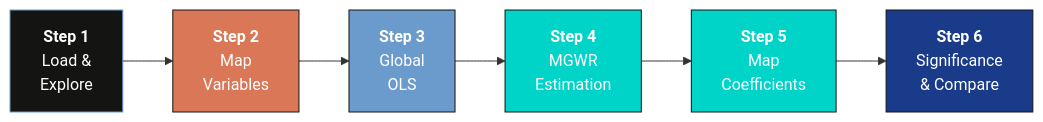
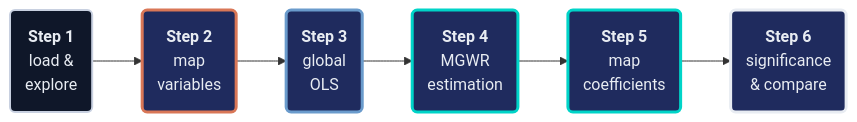
Before and after one commit to cmg777/starter-academic-v501: the diagram in content/post/python_mgwr/references/tutorial.qmd, drawn with Mermaid. The commit also changed other lines of this file and 42 other files, not shown here.

First line of the commit message:
content(mermaid): restyle Mermaid copies in tutorial sources and the LaLonde slide deck

````diff
--- a/content/post/python_mgwr/references/tutorial.qmd
+++ b/content/post/python_mgwr/references/tutorial.qmd
@@ -207,15 +207,18 @@
 ```{mermaid}
 graph LR
-    A["<b>Step 1</b><br/>Load &<br/>Explore"] --> B["<b>Step 2</b><br/>Map<br/>Variables"]
-    B --> C["<b>Step 3</b><br/>Global<br/>OLS"]
-    C --> D["<b>Step 4</b><br/>MGWR<br/>Estimation"]
-    D --> E["<b>Step 5</b><br/>Map<br/>Coefficients"]
-    E --> F["<b>Step 6</b><br/>Significance<br/>& Compare"]
-
-    style A fill:#141413,stroke:#6a9bcc,color:#fff
-    style B fill:#d97757,stroke:#141413,color:#fff
-    style C fill:#6a9bcc,stroke:#141413,color:#fff
-    style D fill:#00d4c8,stroke:#141413,color:#fff
-    style E fill:#00d4c8,stroke:#141413,color:#fff
-    style F fill:#1a3a8a,stroke:#141413,color:#fff
+    A("<b>Step 1</b><br/>load &<br/>explore") --> B("<b>Step 2</b><br/>map<br/>variables")
+    B --> C("<b>Step 3</b><br/>global<br/>OLS")
+    C --> D("<b>Step 4</b><br/>MGWR<br/>estimation")
+    D --> E("<b>Step 5</b><br/>map<br/>coefficients")
+    E --> F("<b>Step 6</b><br/>significance<br/>& compare")
+    classDef anchor fill:#0f1729,stroke:#c8d0e0,stroke-width:2px,color:#e8ecf2
+    classDef orange fill:#1f2b5e,stroke:#d97757,stroke-width:3px,color:#e8ecf2
+    classDef blue fill:#1f2b5e,stroke:#6a9bcc,stroke-width:3px,color:#e8ecf2
+    classDef teal fill:#1f2b5e,stroke:#00d4c8,stroke-width:3px,color:#e8ecf2
+    classDef key fill:#1f2b5e,stroke:#e8ecf2,stroke-width:3px,color:#e8ecf2
+    class A anchor
+    class B orange
+    class C blue
+    class D,E teal
+    class F key
 ```
````
